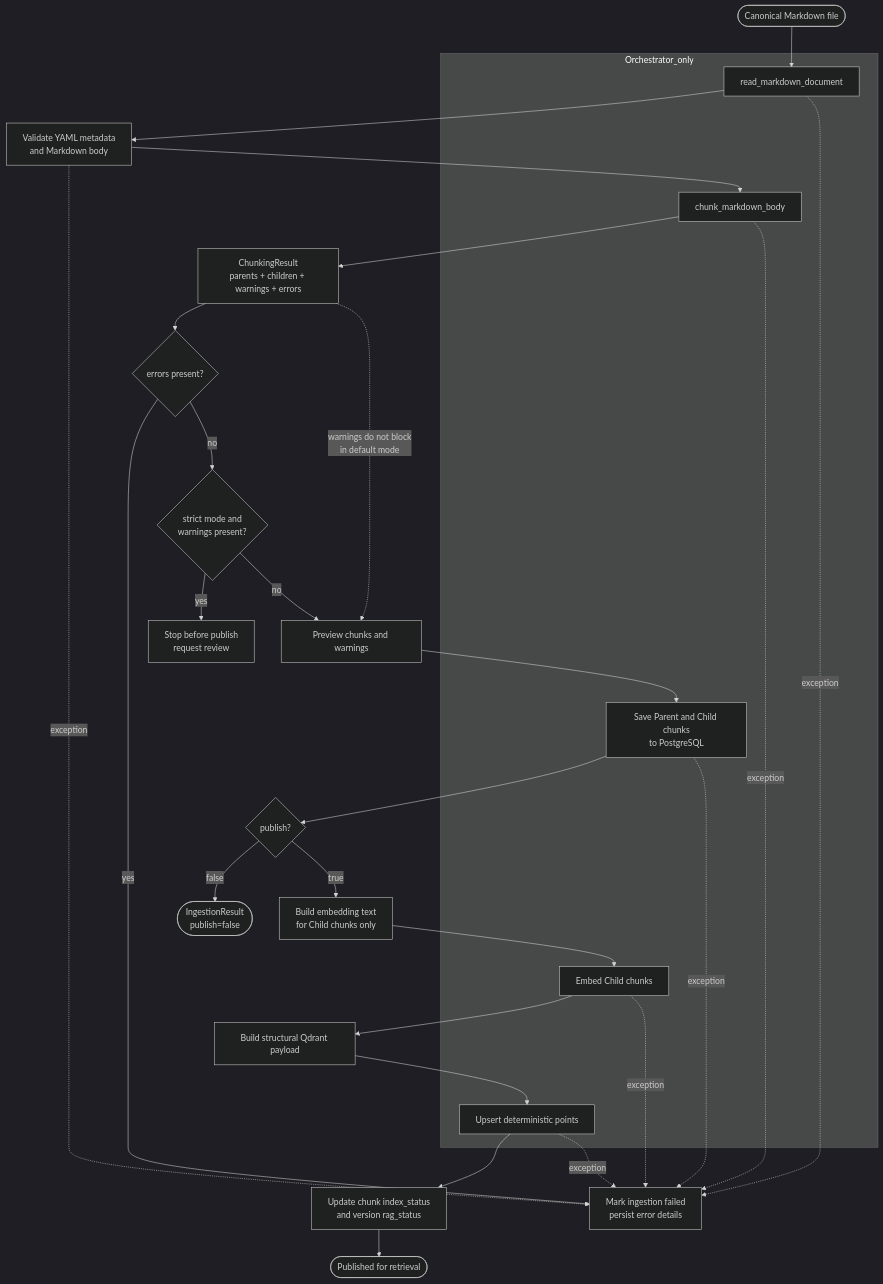
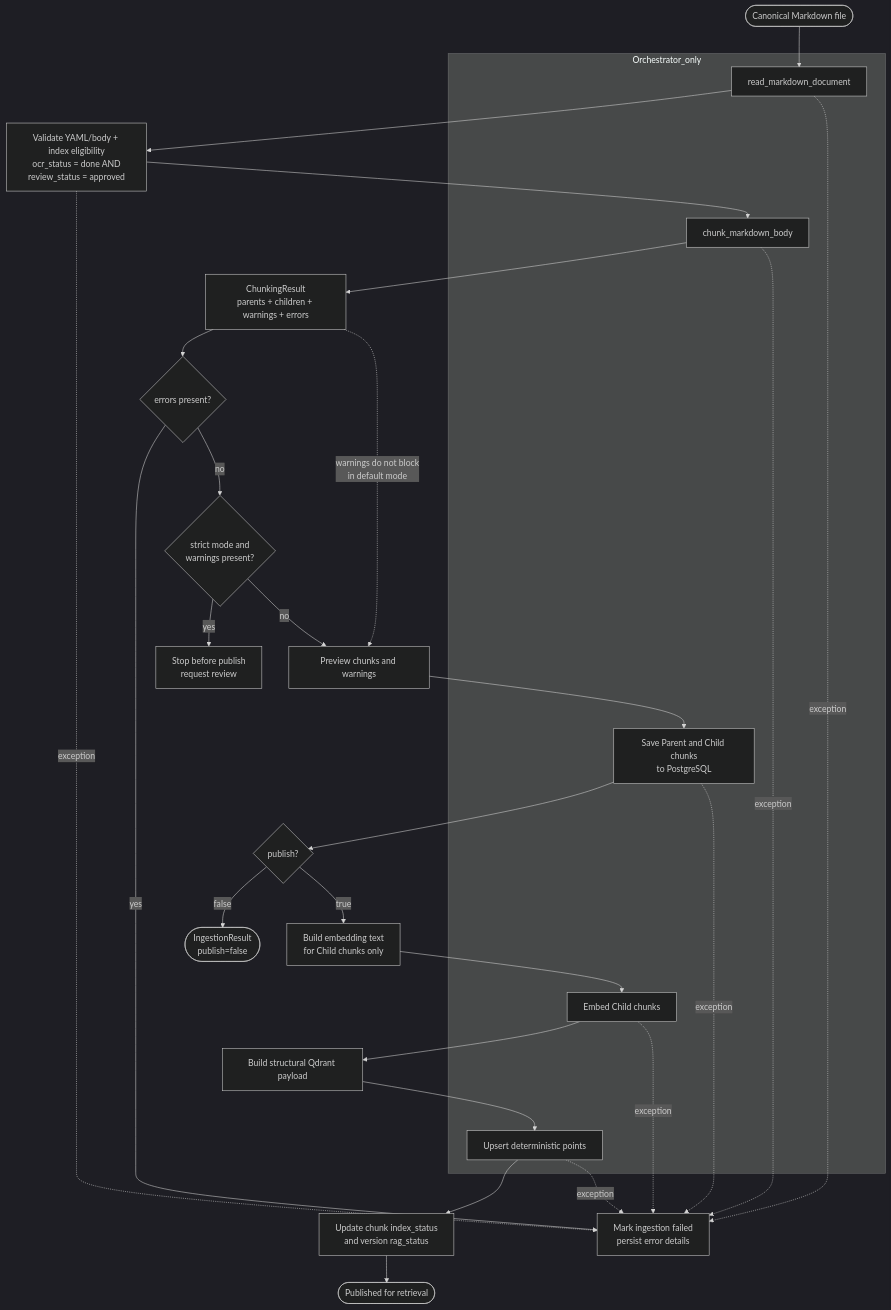
Before and after one commit to Ngocanhjr/CSS-CTU-Student-Service: the diagram in .docs/diagrams/flowchart/07_13_ingestion_pipeline_publish_modes_flow.mmd, drawn with Mermaid (dark theme). The commit also changed 31 other files, not shown here.

Commit message:
'update-flowchat-excalidraw'

```diff
--- a/.docs/diagrams/flowchart/07_13_ingestion_pipeline_publish_modes_flow.mmd
+++ b/.docs/diagrams/flowchart/07_13_ingestion_pipeline_publish_modes_flow.mmd
@@ -1,49 +1,49 @@
 %% Sources:
 %% - 07_DETAILED_RAG_INGESTION_IMPLEMENTATION_GUIDE.md
 %% - 13_PART_F_PIPELINE_ORCHESTRATION_GUIDE.md
 %% - 22_CHUNKING_RETRIEVAL_RECONCILIATION_GUIDE.md
 
 flowchart TD
     A([Canonical Markdown file])
     B[read_markdown_document]
-    C[Validate YAML metadata<br/>and Markdown body]
+    C[Validate YAML/body + index eligibility<br/>ocr_status = done AND<br/>review_status = approved]
     D[chunk_markdown_body]
     E[ChunkingResult<br/>parents + children + warnings + errors]
     F{errors present?}
     G[Mark ingestion failed<br/>persist error details]
     H{strict mode and<br/>warnings present?}
     I[Stop before publish<br/>request review]
     J[Preview chunks and warnings]
     K[Save Parent and Child chunks<br/>to PostgreSQL]
     L{publish?}
     M([IngestionResult<br/>publish=false])
     N[Build embedding text<br/>for Child chunks only]
     O[Embed Child chunks]
     P[Build structural Qdrant payload]
     Q[Upsert deterministic points]
     R[Update chunk index_status<br/>and version rag_status]
     S([Published for retrieval])
 
     A --> B --> C --> D --> E --> F
     F -->|yes| G
     F -->|no| H
     H -->|yes| I
     H -->|no| J --> K --> L
     L -->|false| M
     L -->|true| N --> O --> P --> Q --> R --> S
 
     E -. warnings do not block<br/>in default mode .-> J
     B -. exception .-> G
     C -. exception .-> G
     D -. exception .-> G
     K -. exception .-> G
     O -. exception .-> G
     Q -. exception .-> G
 
     subgraph Orchestrator_only
         B
         D
         K
         O
         Q
     end
```
